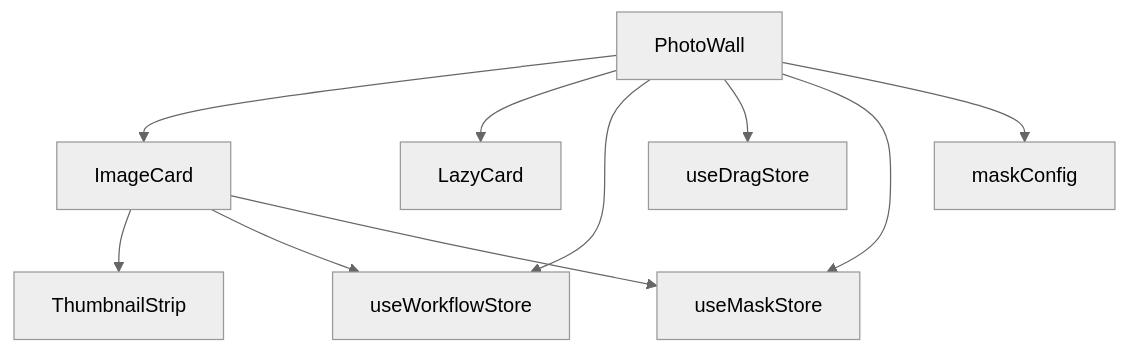
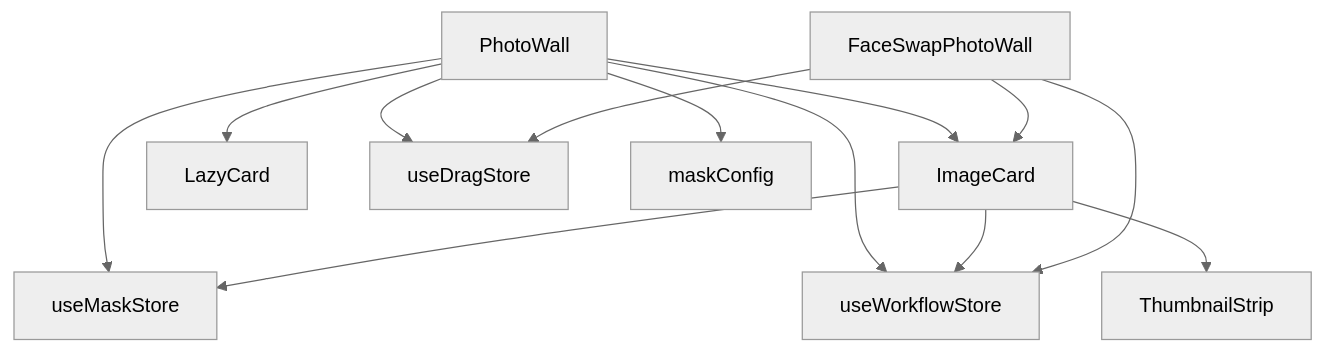
The eighth of 8 diagrams in .qoder/repowiki/zh/content/用户界面组件/核心界面组件/图片墙组件 (PhotoWall).md (billye220670/CorineKit_Pix2Real), drawn with Mermaid (neutral theme) before and after one commit. The commit also changed other lines of this file and 3 other files, not shown here.

````diff
--- a/.qoder/repowiki/zh/content/用户界面组件/核心界面组件/图片墙组件 (PhotoWall).md
+++ b/.qoder/repowiki/zh/content/用户界面组件/核心界面组件/图片墙组件 (PhotoWall).md
@@ -285,12 +338,15 @@
 ```mermaid
 graph TB
 PW["PhotoWall"] --> IC["ImageCard"]
 PW --> LC["LazyCard"]
 PW --> WFS["useWorkflowStore"]
 PW --> DS["useDragStore"]
 PW --> MS["useMaskStore"]
 PW --> MC["maskConfig"]
 IC --> TS["ThumbnailStrip"]
 IC --> WFS
 IC --> MS
+FSPW["FaceSwapPhotoWall"] --> IC
+FSPW --> WFS
+FSPW --> DS
 ```
````
